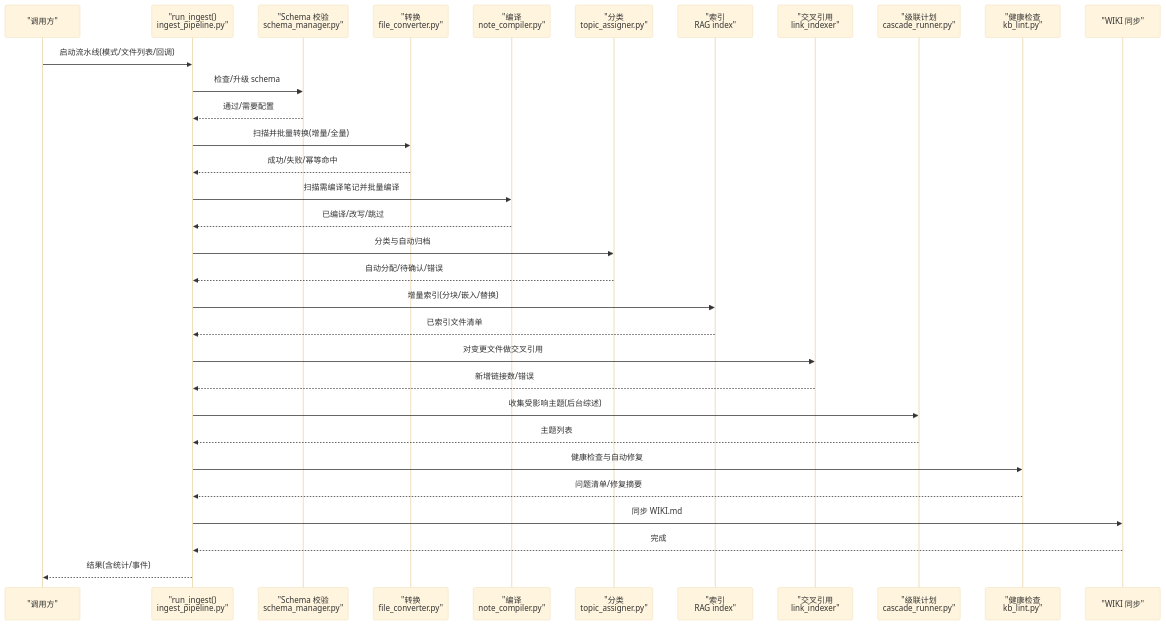
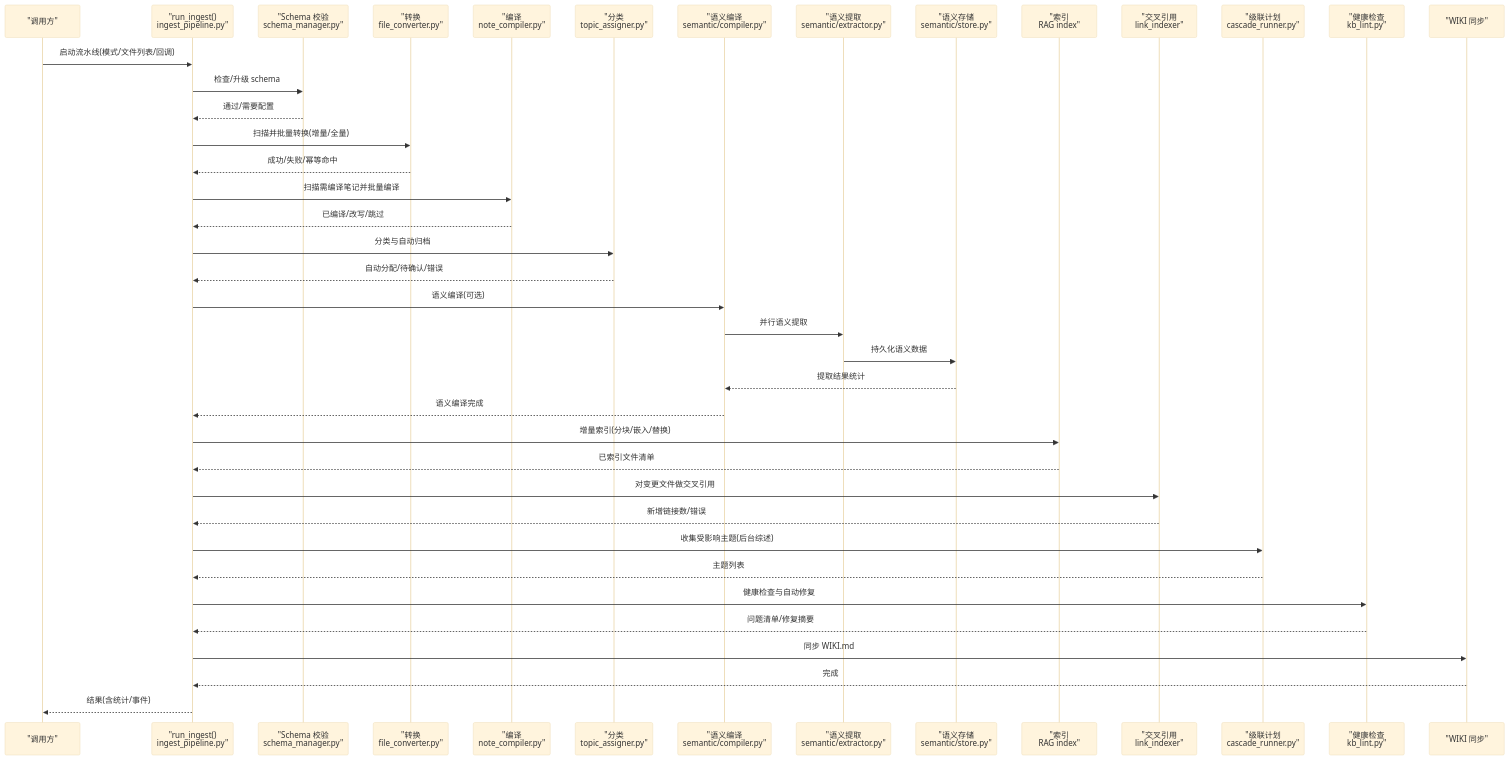
Before and after one commit to Miles128/NoteAI: the second of 5 diagrams in .qoder/repowiki/zh/content/入库流水线/入库流水线.md, drawn with Mermaid (base theme). The commit also changed other lines of this file and 169 other files, not shown here.

````diff
--- a/.qoder/repowiki/zh/content/入库流水线/入库流水线.md
+++ b/.qoder/repowiki/zh/content/入库流水线/入库流水线.md
@@ -97,34 +108,42 @@
 ```mermaid
 sequenceDiagram
 participant U as "调用方"
 participant P as "run_ingest()<br/>ingest_pipeline.py"
 participant S as "Schema 校验<br/>schema_manager.py"
 participant C as "转换<br/>file_converter.py"
 participant N as "编译<br/>note_compiler.py"
 participant T as "分类<br/>topic_assigner.py"
+participant SM as "语义编译<br/>semantic/compiler.py"
+participant SE as "语义提取<br/>semantic/extractor.py"
+participant SS as "语义存储<br/>semantic/store.py"
 participant I as "索引<br/>RAG index"
 participant X as "交叉引用<br/>link_indexer"
 participant K as "级联计划<br/>cascade_runner.py"
 participant L as "健康检查<br/>kb_lint.py"
 participant W as "WIKI 同步"
 U->>P : 启动流水线(模式/文件列表/回调)
 P->>S : 检查/升级 schema
 S-->>P : 通过/需要配置
 P->>C : 扫描并批量转换(增量/全量)
 C-->>P : 成功/失败/幂等命中
 P->>N : 扫描需编译笔记并批量编译
 N-->>P : 已编译/改写/跳过
 P->>T : 分类与自动归档
 T-->>P : 自动分配/待确认/错误
+P->>SM : 语义编译(可选)
+SM->>SE : 并行语义提取
+SE->>SS : 持久化语义数据
+SS-->>SM : 提取结果统计
+SM-->>P : 语义编译完成
 P->>I : 增量索引(分块/嵌入/替换)
 I-->>P : 已索引文件清单
 P->>X : 对变更文件做交叉引用
 X-->>P : 新增链接数/错误
 P->>K : 收集受影响主题(后台综述)
 K-->>P : 主题列表
 P->>L : 健康检查与自动修复
 L-->>P : 问题清单/修复摘要
 P->>W : 同步 WIKI.md
 W-->>P : 完成
 P-->>U : 结果(含统计/事件)
 ```
````
